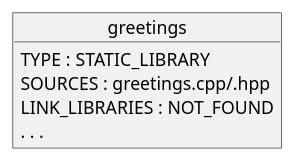
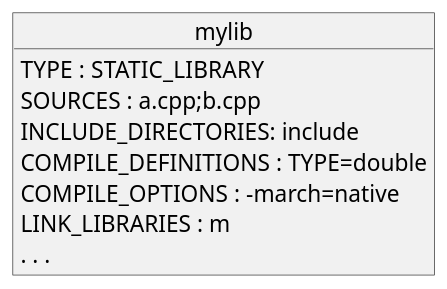
The first of 5 diagrams in slides/episodes/targets.md (mredenti/ModernCMake), drawn with PlantUML before and after one commit. The commit also changed other lines of this file, not shown here.

````diff
--- a/slides/episodes/targets.md
+++ b/slides/episodes/targets.md
@@ -132,11 +134,15 @@
 ```plantuml
+skinparam defaultFontSize 18
 top to bottom direction
 
-object greetings{
+object mylib{
     TYPE : STATIC_LIBRARY
-    SOURCES : greetings.cpp/.hpp
-    LINK_LIBRARIES : NOT_FOUND
+    SOURCES : a.cpp;b.cpp
+    INCLUDE_DIRECTORIES: include
+    COMPILE_DEFINITIONS : TYPE=double
+    COMPILE_OPTIONS : -march=native
+    LINK_LIBRARIES : m
     . . .
 }
 
 ```
````
